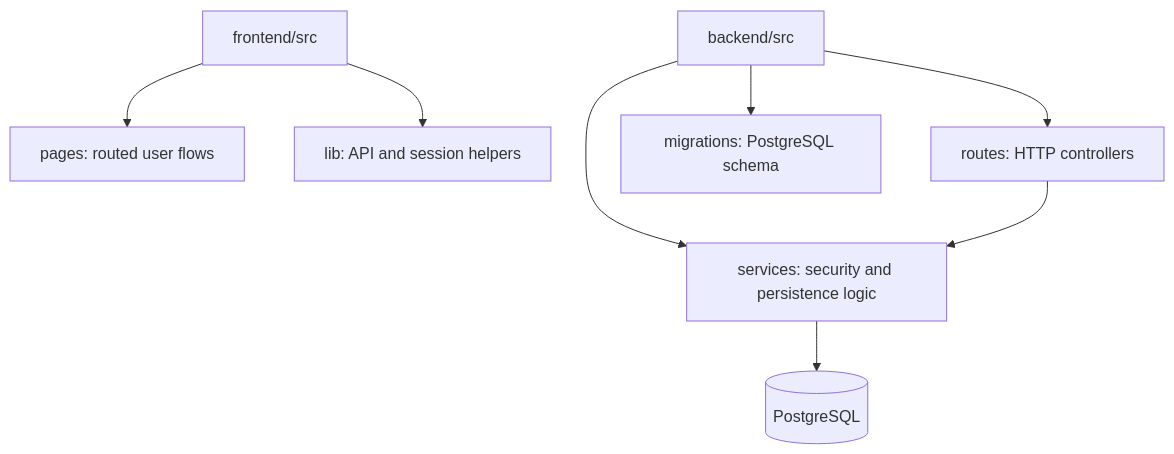
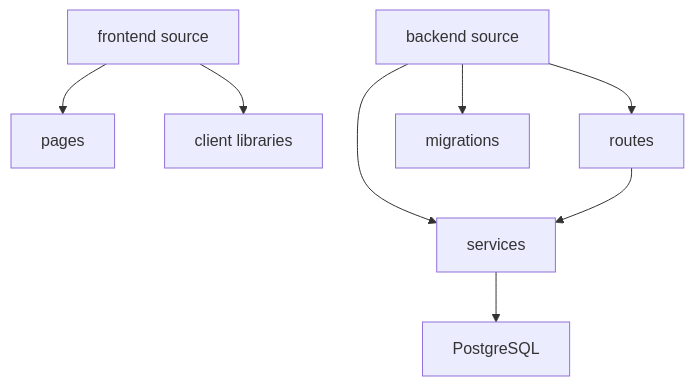
The third of 8 diagrams in README.md (Kushh-Santhosh/TRUSTLINE), drawn with Mermaid before and after one commit. The commit also changed other lines of this file, not shown here.

Commit message:
docs: fix GitHub Mermaid rendering

````diff
--- a/README.md
+++ b/README.md
@@ -249,9 +249,9 @@
 ```mermaid
 flowchart TD
-  FE[frontend/src] --> Pages[pages: routed user flows]
-  FE --> Lib[lib: API and session helpers]
-  BE[backend/src] --> Routes[routes: HTTP controllers]
-  BE --> Services[services: security and persistence logic]
-  BE --> Migrations[migrations: PostgreSQL schema]
-  Routes --> Services --> DB[(PostgreSQL)]
+  FE["frontend source"] --> Pages["pages"]
+  FE --> Lib["client libraries"]
+  BE["backend source"] --> Routes["routes"]
+  BE --> Services["services"]
+  BE --> Migrations["migrations"]
+  Routes --> Services --> DB["PostgreSQL"]
 ```
````
